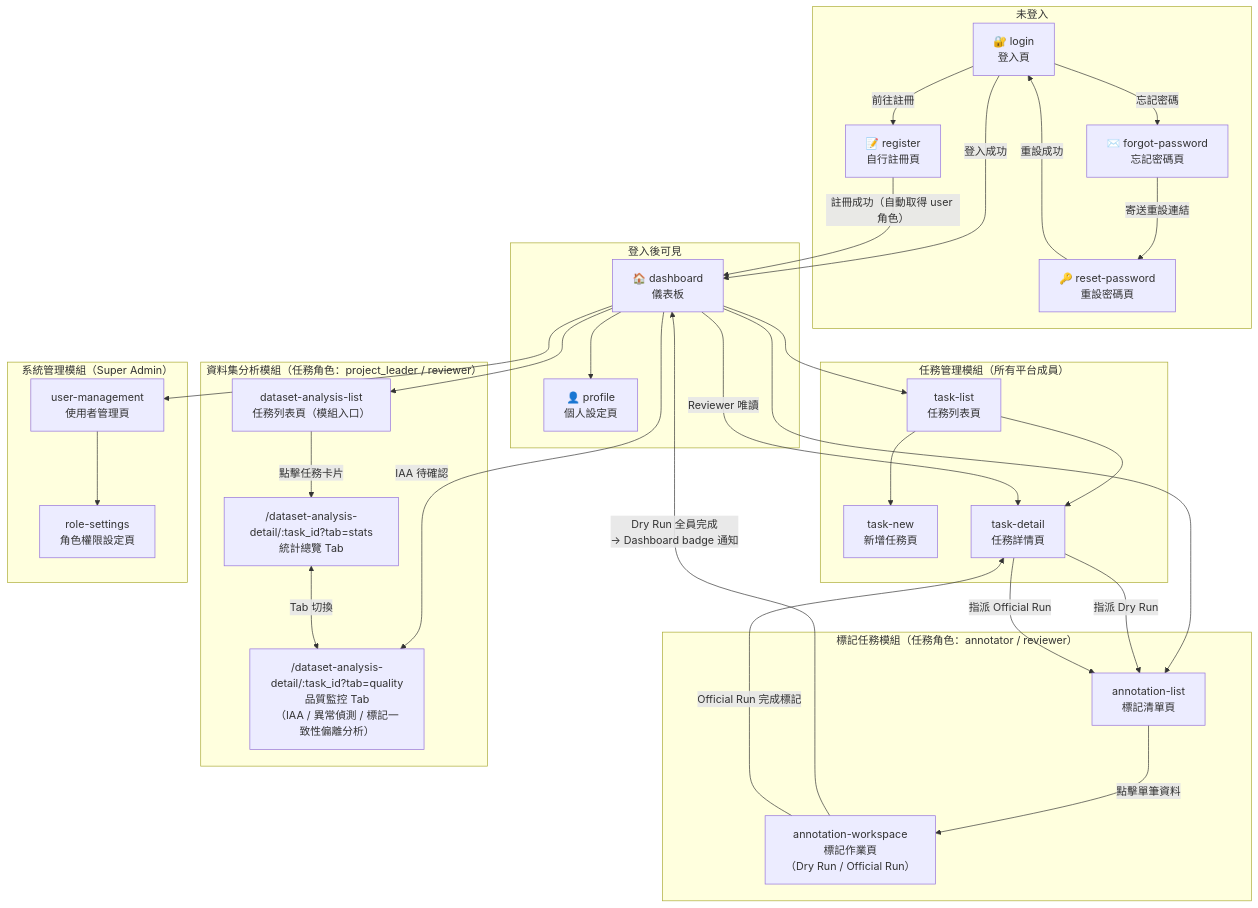
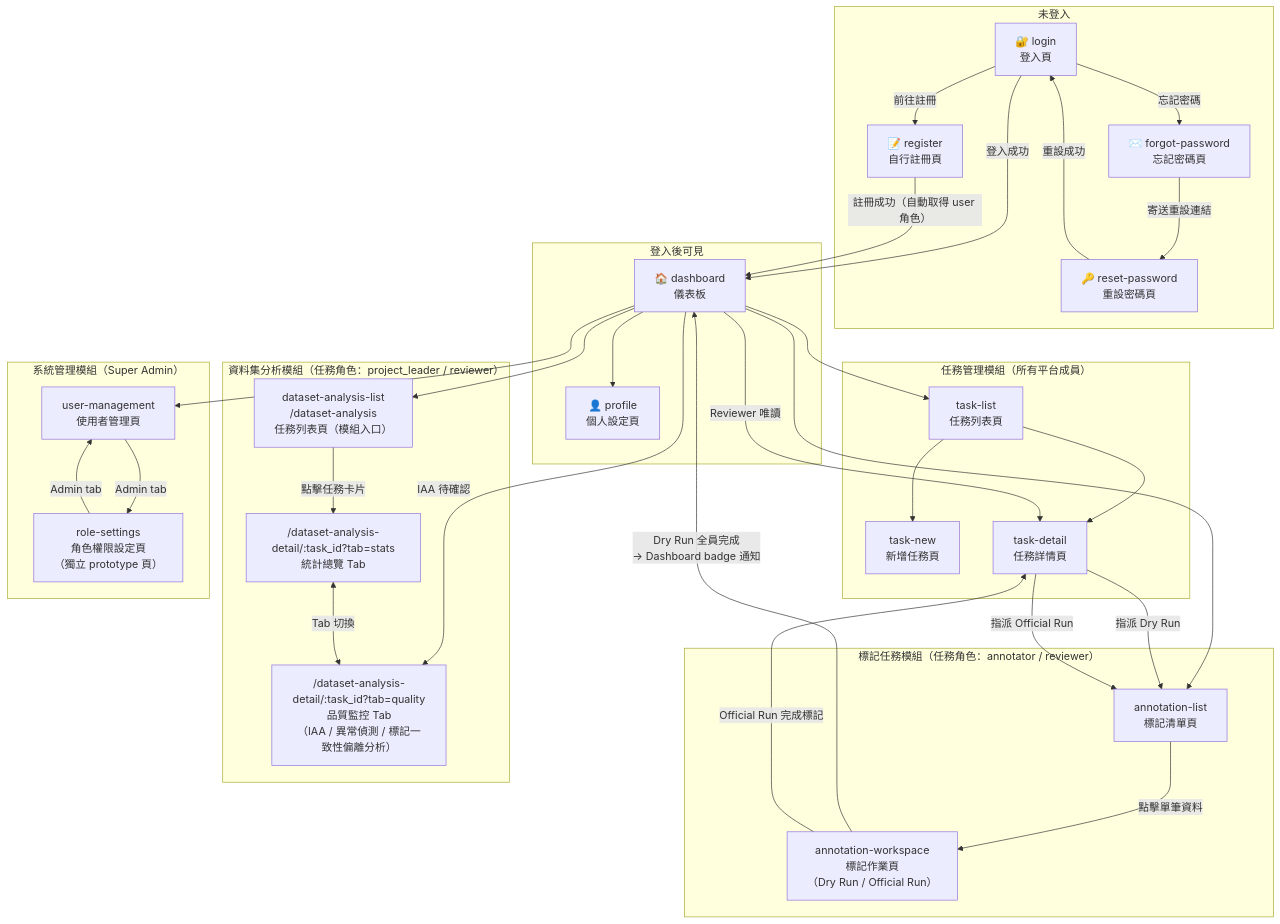
Before and after one commit to singyichen/label-suite: the first of 5 diagrams in docs/product/ia/information-architecture.md, drawn with Mermaid. The commit also changed other lines of this file and 5 other files, not shown here.

````diff
--- a/docs/product/ia/information-architecture.md
+++ b/docs/product/ia/information-architecture.md
@@ -140,63 +141,64 @@
 ```mermaid
 flowchart TD
   subgraph 未登入
     LOGIN["🔐 login\n登入頁"]
     REGISTER["📝 register\n自行註冊頁"]
     FORGOT["✉️ forgot-password\n忘記密碼頁"]
     RESET["🔑 reset-password\n重設密碼頁"]
   end
 
   subgraph 登入後可見
     DASH["🏠 dashboard\n儀表板"]
     PROFILE["👤 profile\n個人設定頁"]
   end
 
   subgraph 任務管理模組["任務管理模組（所有平台成員）"]
     TLIST["task-list\n任務列表頁"]
     TNEW["task-new\n新增任務頁"]
     TDETAIL["task-detail\n任務詳情頁"]
   end
 
   subgraph 標記任務模組["標記任務模組（任務角色：annotator / reviewer）"]
     ALIST["annotation-list\n標記清單頁"]
     ANNOT["annotation-workspace\n標記作業頁\n（Dry Run / Official Run）"]
   end
 
   subgraph 資料集分析模組["資料集分析模組（任務角色：project_leader / reviewer）"]
-    DA_LIST["dataset-analysis-list\n任務列表頁（模組入口）"]
+    DA_LIST["dataset-analysis-list\n/dataset-analysis\n任務列表頁（模組入口）"]
     STATS["/dataset-analysis-detail/:task_id?tab=stats\n統計總覽 Tab"]
     QUALITY["/dataset-analysis-detail/:task_id?tab=quality\n品質監控 Tab\n（IAA / 異常偵測 / 標記一致性偏離分析）"]
   end
 
   subgraph 系統管理模組["系統管理模組（Super Admin）"]
     USERS["user-management\n使用者管理頁"]
-    ROLES["role-settings\n角色權限設定頁"]
+    ROLES["role-settings\n角色權限設定頁\n（獨立 prototype 頁）"]
   end
 
   LOGIN -->|"登入成功"| DASH
   LOGIN -->|"前往註冊"| REGISTER
   LOGIN -->|"忘記密碼"| FORGOT
   FORGOT -->|"寄送重設連結"| RESET
   RESET -->|"重設成功"| LOGIN
   REGISTER -->|"註冊成功（自動取得 user 角色）"| DASH
   DASH --> PROFILE
   DASH --> TLIST
   DASH --> ALIST
   DASH --> DA_LIST
   DA_LIST -->|點擊任務卡片| STATS
   DASH -->|IAA 待確認| QUALITY
   DASH --> USERS
 
   TLIST --> TNEW
   TLIST --> TDETAIL
   DASH -->|Reviewer 唯讀| TDETAIL
   TDETAIL -->|指派 Dry Run| ALIST
   TDETAIL -->|指派 Official Run| ALIST
   ALIST -->|點擊單筆資料| ANNOT
   ANNOT -->|Dry Run 全員完成\n→ Dashboard badge 通知| DASH
   ANNOT -->|Official Run 完成標記| TDETAIL
 
-  USERS --> ROLES
+  USERS -->|Admin tab| ROLES
+  ROLES -->|Admin tab| USERS
 
   STATS <-->|Tab 切換| QUALITY
 ```
````
